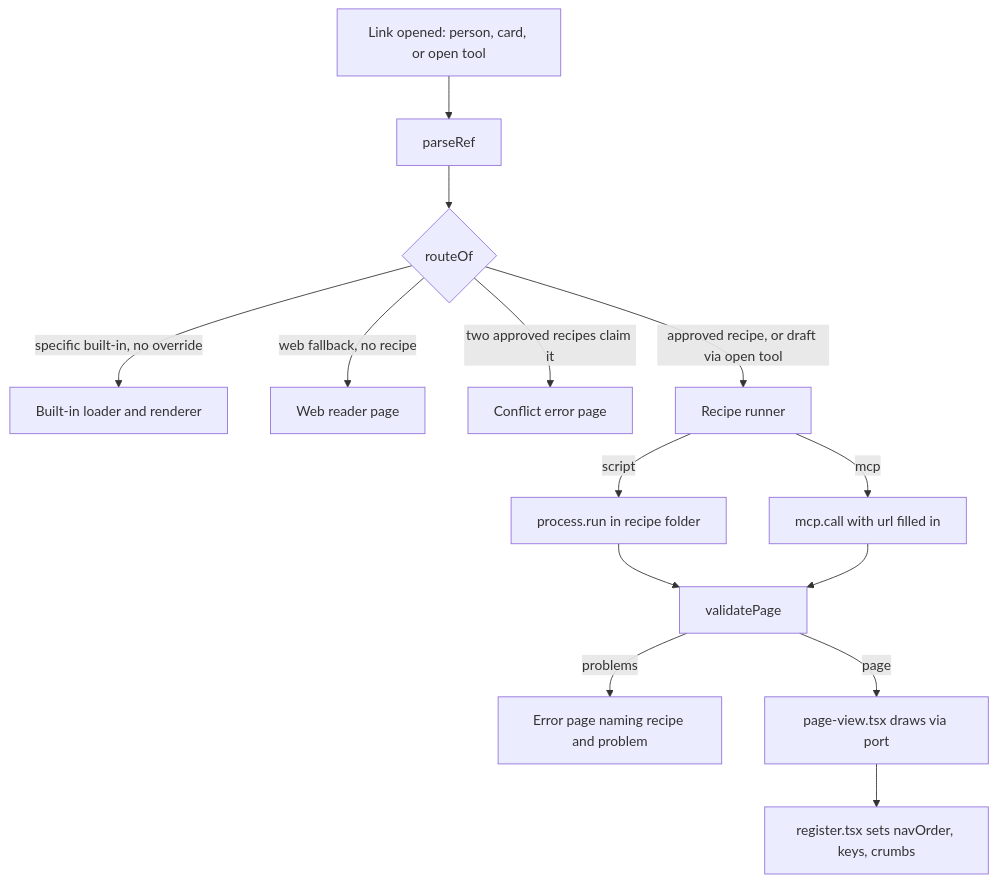
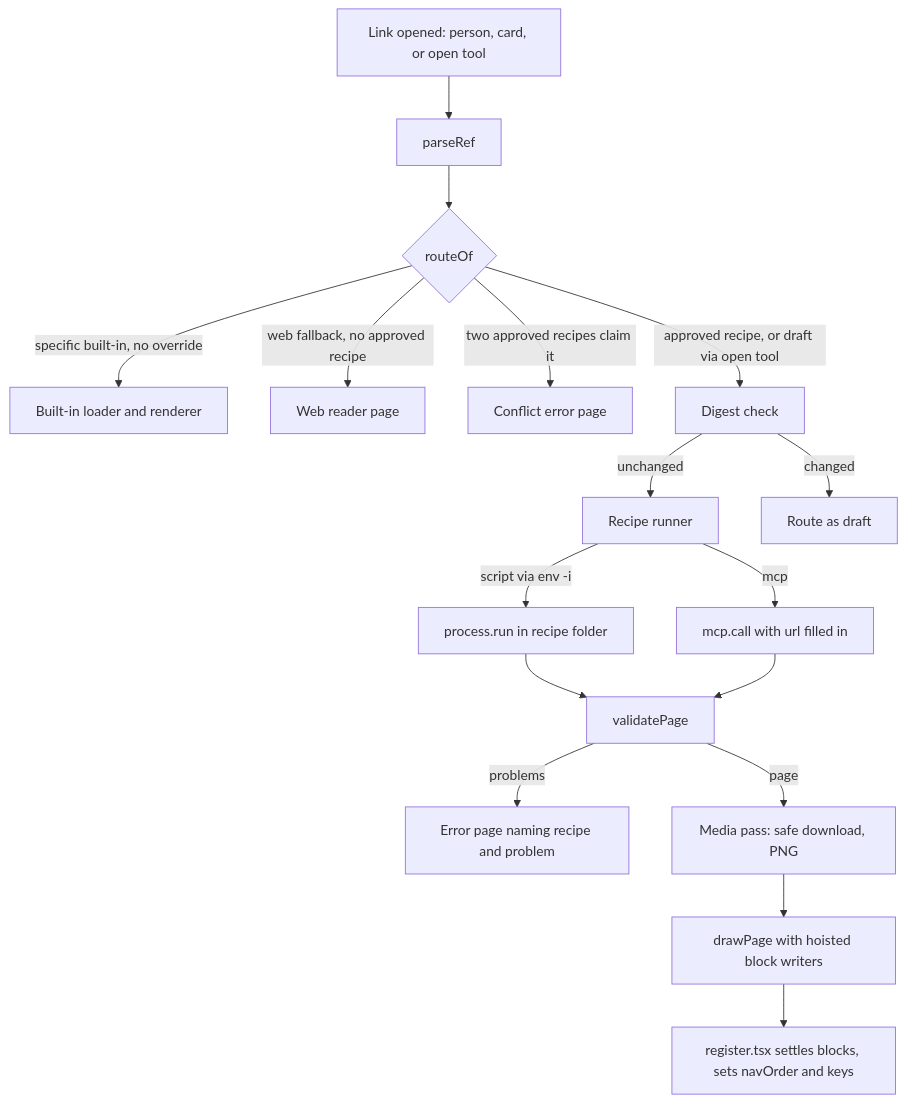
Before and after one commit to shawnroos/shrimpshack: the second of 4 diagrams in docs/plans/2026-10-12-1640-feat-peek-page-vocabulary-plan.md, drawn with Mermaid. The commit also changed other lines of this file, not shown here.

Commit message:
docs(peek): deepen the page vocabulary plan with approval, hoist and threat model

````diff
--- a/docs/plans/2026-10-12-1640-feat-peek-page-vocabulary-plan.md
+++ b/docs/plans/2026-10-12-1640-feat-peek-page-vocabulary-plan.md
@@ -211,16 +250,19 @@
 ```mermaid
 flowchart TB
   L[Link opened: person, card, or open tool] --> P[parseRef]
   P --> R{routeOf}
   R -->|specific built-in, no override| B[Built-in loader and renderer]
-  R -->|web fallback, no recipe| W[Web reader page]
+  R -->|web fallback, no approved recipe| W[Web reader page]
   R -->|two approved recipes claim it| C[Conflict error page]
-  R -->|approved recipe, or draft via open tool| RN[Recipe runner]
-  RN -->|script| PR[process.run in recipe folder]
+  R -->|approved recipe, or draft via open tool| H[Digest check]
+  H -->|unchanged| RN[Recipe runner]
+  H -->|changed| D[Route as draft]
+  RN -->|script via env -i| PR[process.run in recipe folder]
   RN -->|mcp| MC[mcp.call with url filled in]
   PR --> V[validatePage]
   MC --> V
   V -->|problems| E[Error page naming recipe and problem]
-  V -->|page| PV[page-view.tsx draws via port]
-  PV --> N[register.tsx sets navOrder, keys, crumbs]
+  V -->|page| M[Media pass: safe download, PNG]
+  M --> PV[drawPage with hoisted block writers]
+  PV --> N[register.tsx settles blocks, sets navOrder and keys]
 ```
````
